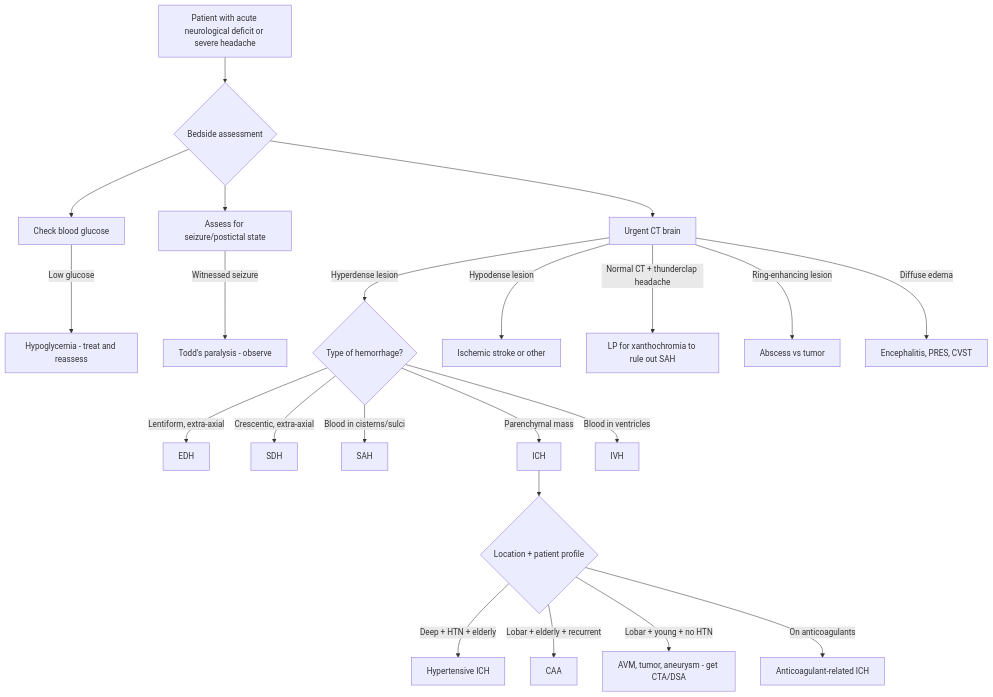
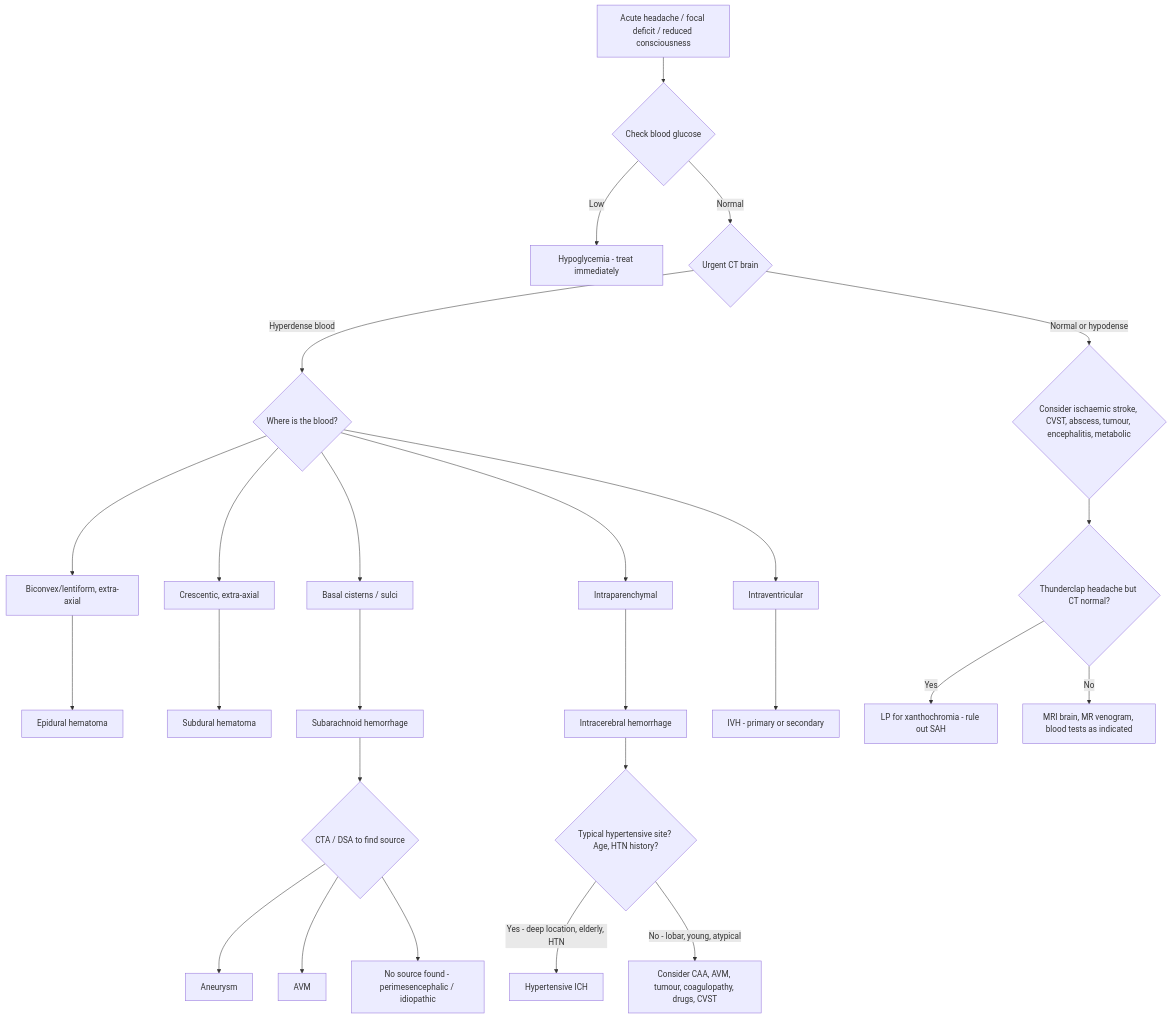
Before and after one commit to techjason/mbbspedia: the diagram in content/fragments/general-surgery/intracranial-hemorrhage/ddx.mdx, drawn with Mermaid. The commit also changed other lines of this file and 7 other files, not shown here.

````diff
--- a/content/fragments/general-surgery/intracranial-hemorrhage/ddx.mdx
+++ b/content/fragments/general-surgery/intracranial-hemorrhage/ddx.mdx
@@ -176,28 +127,23 @@
 ```mermaid
 graph TD
-    A["Patient with acute neurological deficit or severe headache"] --> B{"Bedside assessment"}
-    B --> C["Check blood glucose"]
-    B --> D["Assess for seizure/postictal state"]
-    B --> E["Urgent CT brain"]
-    
-    C -->|"Low glucose"| F["Hypoglycemia - treat and reassess"]
-    D -->|"Witnessed seizure"| G["Todd's paralysis - observe"]
-    
-    E -->|"Hyperdense lesion"| H{"Type of hemorrhage?"}
-    E -->|"Hypodense lesion"| I["Ischemic stroke or other"]
-    E -->|"Normal CT + thunderclap headache"| J["LP for xanthochromia to rule out SAH"]
-    E -->|"Ring-enhancing lesion"| K["Abscess vs tumor"]
-    E -->|"Diffuse edema"| L["Encephalitis, PRES, CVST"]
-    
-    H -->|"Lentiform, extra-axial"| M["EDH"]
-    H -->|"Crescentic, extra-axial"| N["SDH"]
-    H -->|"Blood in cisterns/sulci"| O["SAH"]
-    H -->|"Parenchymal mass"| P["ICH"]
-    H -->|"Blood in ventricles"| Q["IVH"]
-    
-    P --> R{"Location + patient profile"}
-    R -->|"Deep + HTN + elderly"| S["Hypertensive ICH"]
-    R -->|"Lobar + elderly + recurrent"| T["CAA"]
-    R -->|"Lobar + young + no HTN"| U["AVM, tumor, aneurysm - get CTA/DSA"]
-    R -->|"On anticoagulants"| V["Anticoagulant-related ICH"]
+    A["Acute headache / focal deficit / reduced consciousness"] --> B{"Check blood glucose"}
+    B -->|Low| C["Hypoglycemia - treat immediately"]
+    B -->|Normal| D{"Urgent CT brain"}
+    D -->|Hyperdense blood| E{"Where is the blood?"}
+    D -->|Normal or hypodense| F{"Consider ischaemic stroke, CVST, abscess, tumour, encephalitis, metabolic"}
+    E --> G["Biconvex/lentiform, extra-axial"] --> G1["Epidural hematoma"]
+    E --> H["Crescentic, extra-axial"] --> H1["Subdural hematoma"]
+    E --> I["Basal cisterns / sulci"] --> I1["Subarachnoid hemorrhage"]
+    E --> J["Intraparenchymal"] --> J1["Intracerebral hemorrhage"]
+    E --> K["Intraventricular"] --> K1["IVH - primary or secondary"]
+    I1 --> L{"CTA / DSA to find source"}
+    L --> L1["Aneurysm"]
+    L --> L2["AVM"]
+    L --> L3["No source found - perimesencephalic / idiopathic"]
+    J1 --> M{"Typical hypertensive site? Age, HTN history?"}
+    M -->|Yes - deep location, elderly, HTN| M1["Hypertensive ICH"]
+    M -->|No - lobar, young, atypical| M2["Consider CAA, AVM, tumour, coagulopathy, drugs, CVST"]
+    F --> N{"Thunderclap headache but CT normal?"}
+    N -->|Yes| O["LP for xanthochromia - rule out SAH"]
+    N -->|No| P["MRI brain, MR venogram, blood tests as indicated"]
 ```
````
